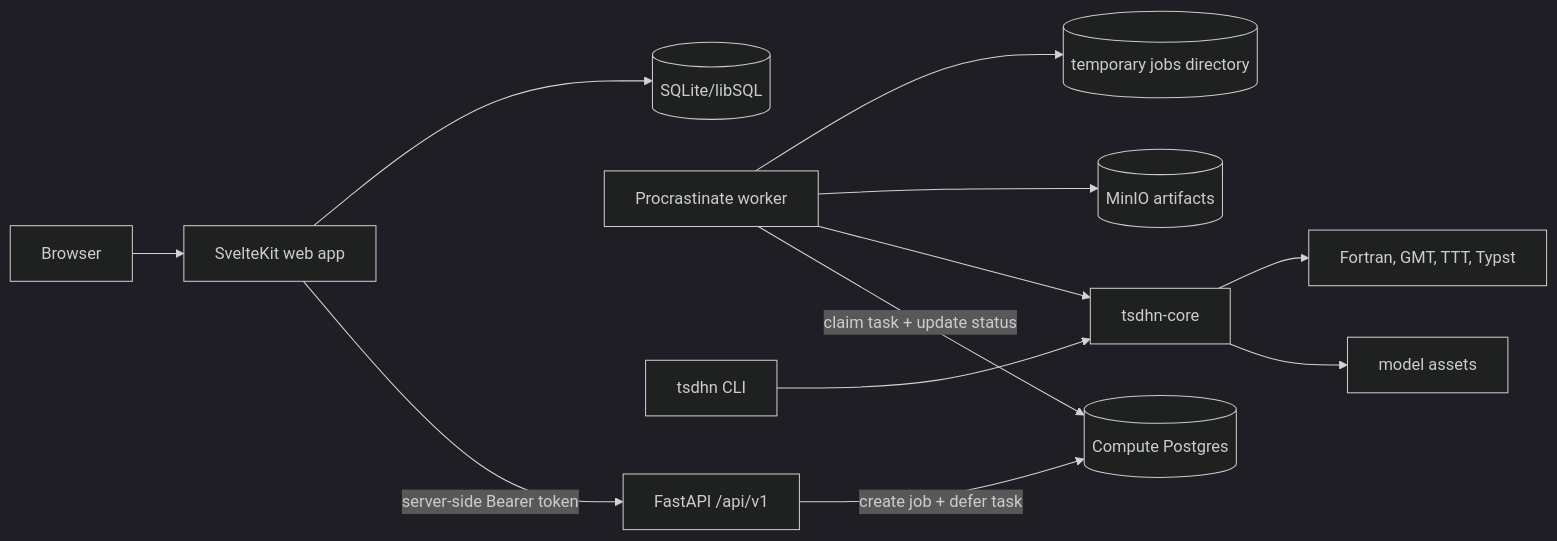
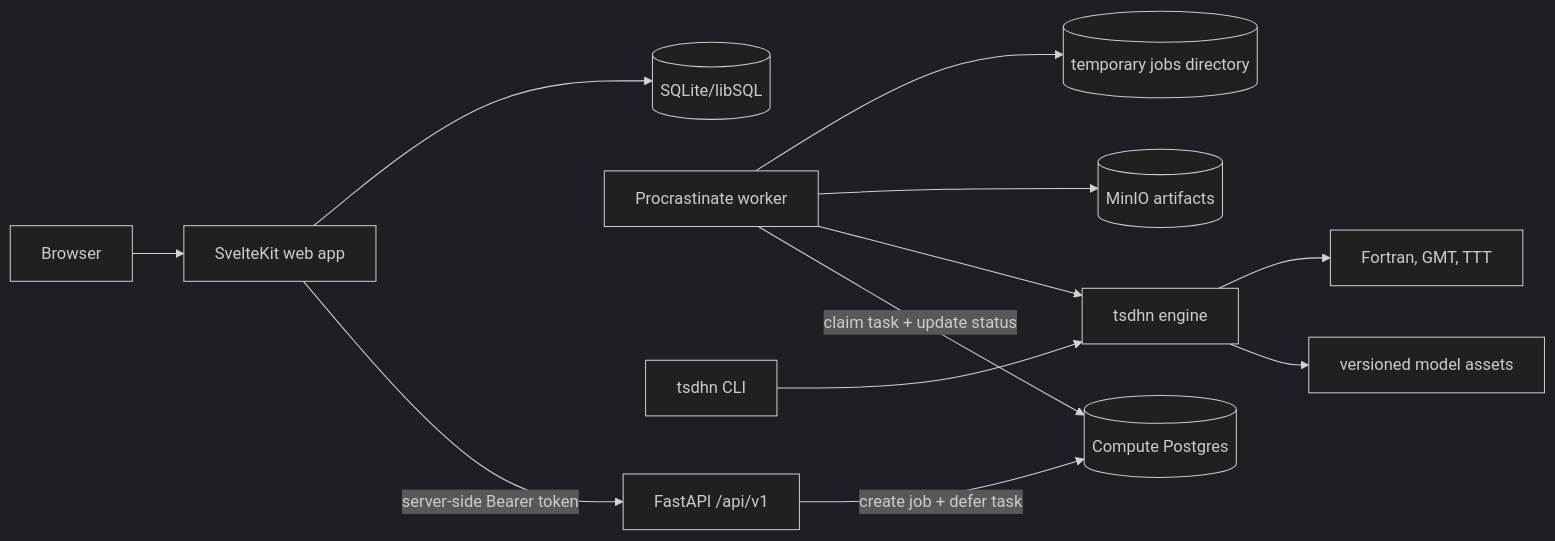
Before and after one commit to totallynotdavid/tsdhn: the diagram in readme.md, drawn with Mermaid (dark theme). The commit also changed other lines of this file and 2 other files, not shown here.

First line of the commit message:
docs: describe the shared tsdhn engine

````diff
--- a/readme.md
+++ b/readme.md
@@ -36,14 +35,14 @@
 ```mermaid
 flowchart LR
     Browser[Browser] --> Web[SvelteKit web app]
     Web -->|server-side Bearer token| API[FastAPI /api/v1]
     API -->|create job + defer task| PG[(Compute Postgres)]
     Worker[Procrastinate worker] -->|claim task + update status| PG
-    Worker --> Core[tsdhn-core]
-    CLI[tsdhn CLI] --> Core
-    Core --> Model[model assets]
-    Core --> Tools[Fortran, GMT, TTT, Typst]
+    Worker --> Engine[tsdhn engine]
+    CLI[tsdhn CLI] --> Engine
+    Engine --> Model[versioned model assets]
+    Engine --> Tools[Fortran, GMT, TTT]
     Worker --> MinIO[(MinIO artifacts)]
     Worker --> Jobs[(temporary jobs directory)]
     Web --> DB[(SQLite/libSQL)]
 ```
````
